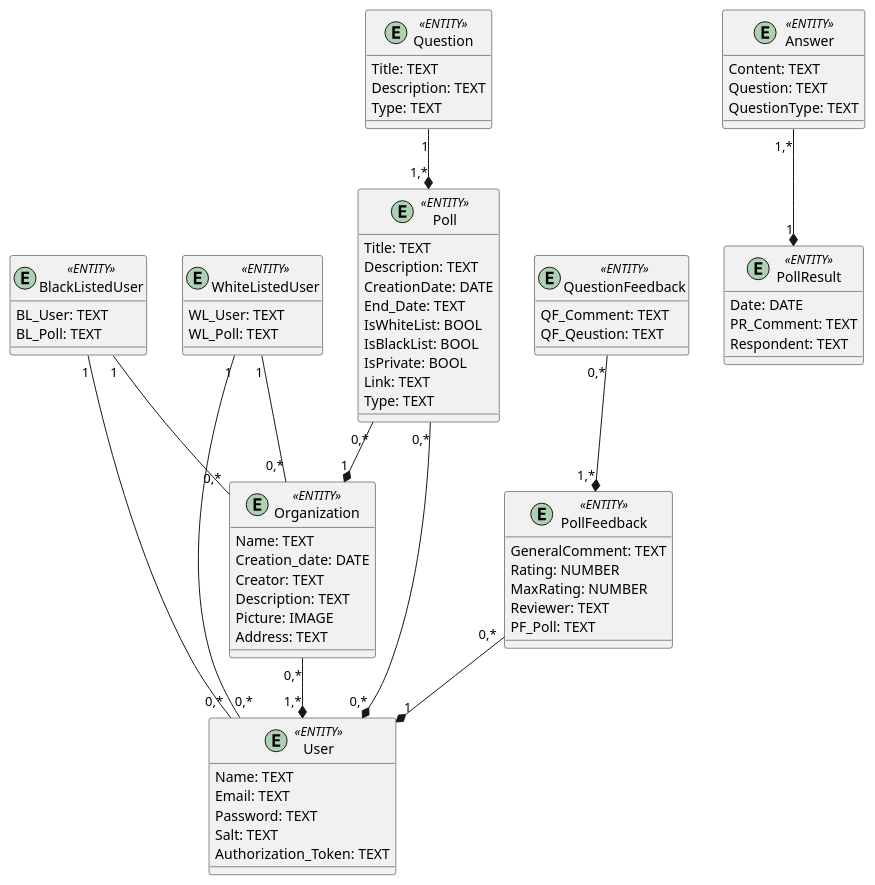
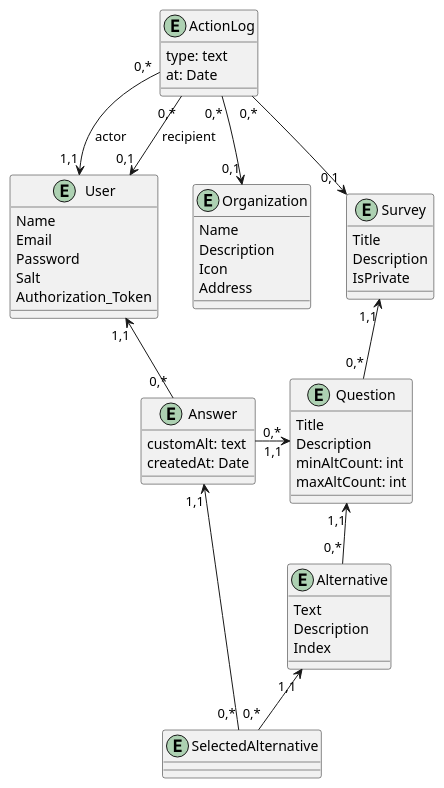
The second of 2 diagrams in docs/design/README.md (danilbezus/survey-expert), drawn with PlantUML before and after one commit.

Commit message:
Update ER

```diff
--- a/docs/design/README.md
+++ b/docs/design/README.md
@@ -157,93 +157,66 @@
 @startuml
 
-entity User <<ENTITY>>{
-    Name: TEXT
-    Email: TEXT
-    Password: TEXT
-    Salt: TEXT
-    Authorization_Token: TEXT
+entity User {
+    Name 
+    Email
+    Password
+    Salt
+    Authorization_Token
 }
 
-entity Organization <<ENTITY>>{
-    Name: TEXT
-    Creation_date: DATE
-    Creator: TEXT
-    Description: TEXT
-    Picture: IMAGE
-    Address: TEXT
+entity Organization {
+    Name
+    Description
+    Icon 
+    Address
 }
 
-entity BlackListedUser <<ENTITY>>{
-    BL_User: TEXT
-    BL_Poll: TEXT
+
+entity Survey {
+    Title
+    Description
+    IsPrivate
 }
 
-entity WhiteListedUser <<ENTITY>>{
-    WL_User: TEXT
-    WL_Poll: TEXT
+entity Answer {
+    customAlt: text
+    createdAt: Date
 }
 
-entity Poll <<ENTITY>>{
-    Title: TEXT
-    Description: TEXT
-    CreationDate: DATE
-    End_Date: TEXT
-    IsWhiteList: BOOL
-    IsBlackList: BOOL
-    IsPrivate: BOOL
-    Link: TEXT
-    Type: TEXT
+entity Alternative {
+ Text
+ Description
+ Index
 }
 
-entity Question <<ENTITY>>{
-    Title: TEXT
-    Description: TEXT
-    Type: TEXT
+entity Question {
+    Title
+    Description
+    minAltCount: int
+    maxAltCount: int
 }
 
-entity Answer <<ENTITY>>{
-    Content: TEXT
-    Question: TEXT
-    QuestionType: TEXT
+entity ActionLog {
+    type: text 
+    at: Date
 }
 
-entity PollResult <<ENTITY>>{
-    Date: DATE
-    PR_Comment: TEXT
-    Respondent: TEXT
+entity SelectedAlternative {
 }
 
-entity QuestionFeedback <<ENTITY>>{
-    QF_Comment: TEXT
-    QF_Qeustion: TEXT
-}
-
-entity PollFeedback <<ENTITY>>{
-    GeneralComment: TEXT
-    Rating: NUMBER
-    MaxRating: NUMBER
-    Reviewer: TEXT
-    PF_Poll: TEXT
-}
-
-Poll "0,*"--*"0,*" User
-Organization "0,*"--*"1,*" User
-PollFeedback "0,*"--*"1" User
-
-Poll "0,*"--*"1" Organization
-
-BlackListedUser "1"--"0,*" User
-BlackListedUser "1"--"0,*" Organization
-
-WhiteListedUser "1"--"0,*" User
-WhiteListedUser "1"--"0,*" Organization
+ActionLog "0,*"-->"1,1" User : actor
+ActionLog "0,*"-->"0,1" User :recipient
+ActionLog "0,*"-->"0,1" Survey
+ActionLog "0,*"-->"0,1" Organization
 
 
-Question "1"--*"1,*" Poll
+Alternative "0,*" -u-> "1,1" Question
 
-Answer "1,*"--*"1" PollResult
+SelectedAlternative "0,*" -u-> "1,1" Answer
+SelectedAlternative "0,*" -u-> "1,1" Alternative
+Survey "1,1"<--"0,*" Question
 
-
-QuestionFeedback "0,*"--*"1,*" PollFeedback
+Answer "0,*" -> "1,1" Question
+Answer "0,*" -u-> "1,1" User
 
 @enduml
```
